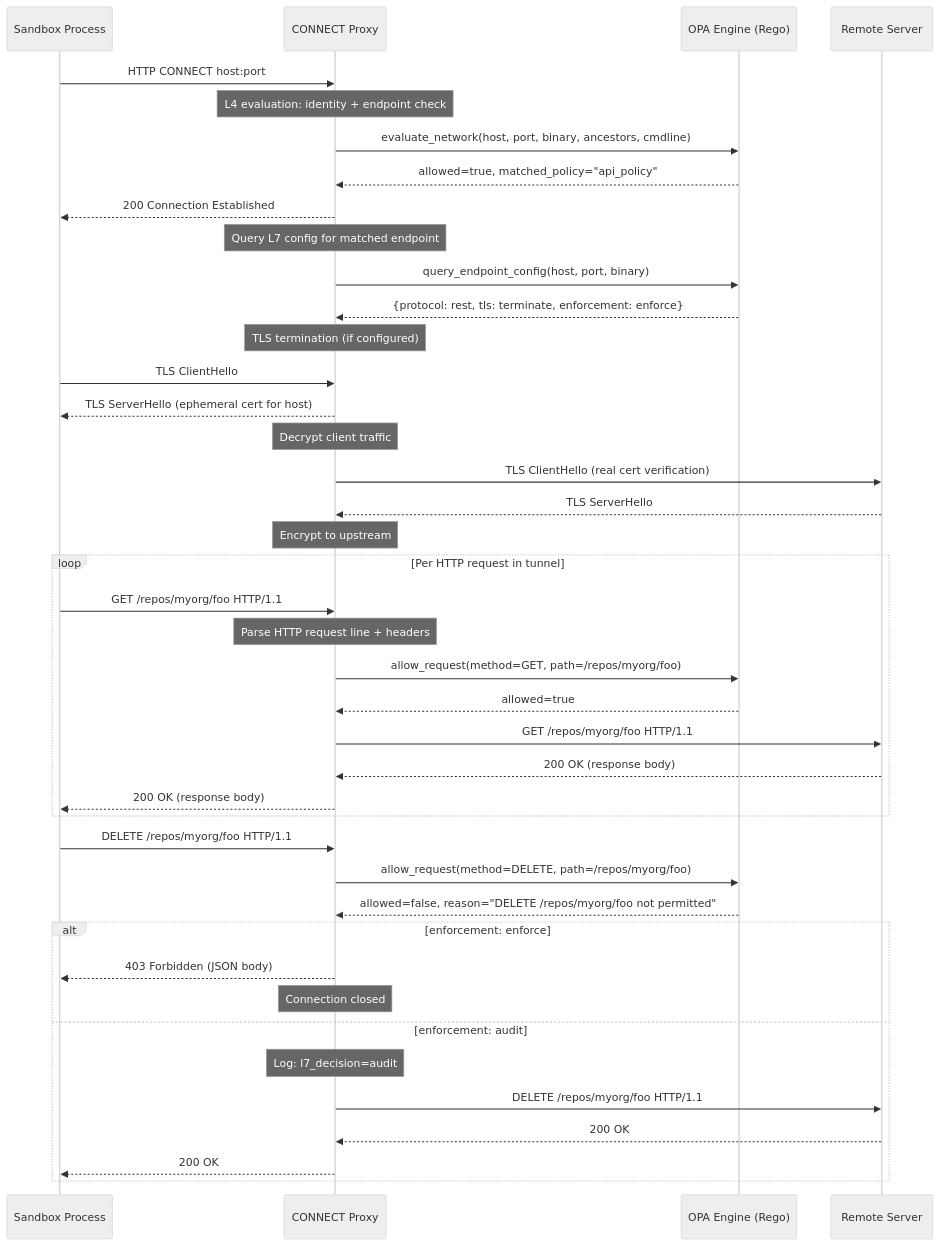
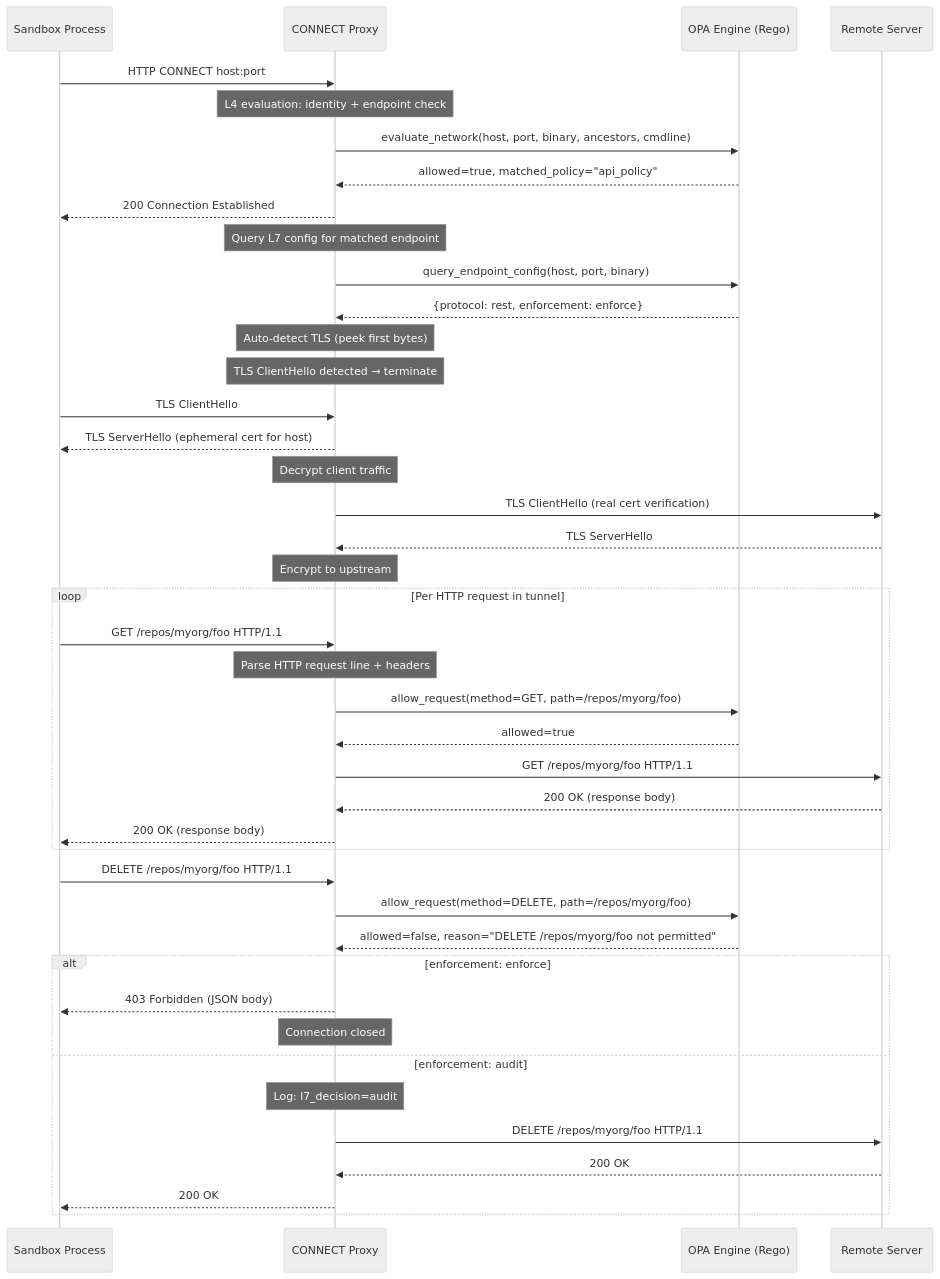
The fifth of 6 diagrams in architecture/security-policy.md (st-gr/OpenShell), drawn with Mermaid (neutral theme) before and after one commit. The commit also changed other lines of this file and 19 other files, not shown here.

First line of the commit message:
feat(sandbox): auto-detect TLS and terminate unconditionally for credential injection (#544)

````diff
--- a/architecture/security-policy.md
+++ b/architecture/security-policy.md
@@ -885,49 +890,50 @@
 ```mermaid
 sequenceDiagram
     participant Client as Sandbox Process
     participant Proxy as CONNECT Proxy
     participant OPA as OPA Engine (Rego)
     participant Upstream as Remote Server
 
     Client->>Proxy: HTTP CONNECT host:port
     Note over Proxy: L4 evaluation: identity + endpoint check
     Proxy->>OPA: evaluate_network(host, port, binary, ancestors, cmdline)
     OPA-->>Proxy: allowed=true, matched_policy="api_policy"
     Proxy-->>Client: 200 Connection Established
 
     Note over Proxy: Query L7 config for matched endpoint
     Proxy->>OPA: query_endpoint_config(host, port, binary)
-    OPA-->>Proxy: {protocol: rest, tls: terminate, enforcement: enforce}
+    OPA-->>Proxy: {protocol: rest, enforcement: enforce}
 
-    Note over Proxy: TLS termination (if configured)
+    Note over Proxy: Auto-detect TLS (peek first bytes)
+    Note over Proxy: TLS ClientHello detected → terminate
     Client->>Proxy: TLS ClientHello
     Proxy-->>Client: TLS ServerHello (ephemeral cert for host)
     Note over Proxy: Decrypt client traffic
 
     Proxy->>Upstream: TLS ClientHello (real cert verification)
     Upstream-->>Proxy: TLS ServerHello
     Note over Proxy: Encrypt to upstream
 
     loop Per HTTP request in tunnel
         Client->>Proxy: GET /repos/myorg/foo HTTP/1.1
         Note over Proxy: Parse HTTP request line + headers
         Proxy->>OPA: allow_request(method=GET, path=/repos/myorg/foo)
         OPA-->>Proxy: allowed=true
         Proxy->>Upstream: GET /repos/myorg/foo HTTP/1.1
         Upstream-->>Proxy: 200 OK (response body)
         Proxy-->>Client: 200 OK (response body)
     end
 
     Client->>Proxy: DELETE /repos/myorg/foo HTTP/1.1
     Proxy->>OPA: allow_request(method=DELETE, path=/repos/myorg/foo)
     OPA-->>Proxy: allowed=false, reason="DELETE /repos/myorg/foo not permitted"
     alt enforcement: enforce
         Proxy-->>Client: 403 Forbidden (JSON body)
         Note over Proxy: Connection closed
     else enforcement: audit
         Note over Proxy: Log: l7_decision=audit
         Proxy->>Upstream: DELETE /repos/myorg/foo HTTP/1.1
         Upstream-->>Proxy: 200 OK
         Proxy-->>Client: 200 OK
     end
 ```
````
